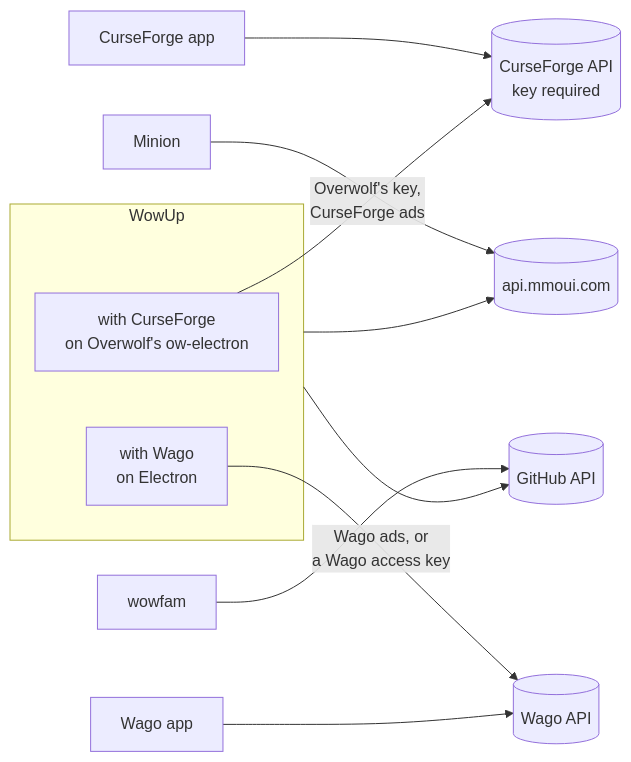
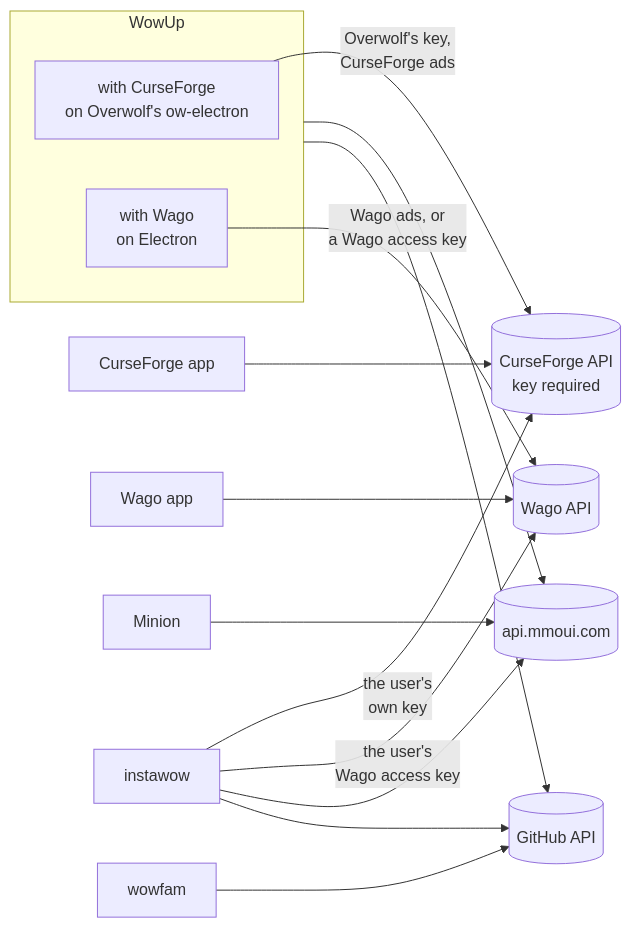
One commit to tinnet/wowfam changed the second of 4 diagrams in docs/addon-sources.md. Above: the diagram before and after it, drawn with Mermaid. The commit also changed other lines of this file, not shown here.

First line of the commit message:
docs: add instawow and how it handles CurseForge and Wago keys

````diff
--- a/docs/addon-sources.md
+++ b/docs/addon-sources.md
@@ -48,23 +52,28 @@
 ```mermaid
 flowchart LR
   cfapp[CurseForge app]
   subgraph wowup[WowUp]
     wucf[with CurseForge<br/>on Overwolf's ow-electron]
     wuw[with Wago<br/>on Electron]
   end
   wagoapp[Wago app]
   minion[Minion]
+  instawow[instawow]
   wowfam[wowfam]
   cfapi[(CurseForge API<br/>key required)]
   wagoapi[(Wago API)]
   mmoui[(api.mmoui.com)]
   ghapi[(GitHub API)]
   cfapp --> cfapi
   wucf -- "Overwolf's key,<br/>CurseForge ads" --> cfapi
   wuw -- "Wago ads, or<br/>a Wago access key" --> wagoapi
   wagoapp --> wagoapi
   minion --> mmoui
   wowup --> mmoui
   wowup --> ghapi
+  instawow -- "the user's<br/>own key" --> cfapi
+  instawow -- "the user's<br/>Wago access key" --> wagoapi
+  instawow --> mmoui
+  instawow --> ghapi
   wowfam --> ghapi
 ```
````
